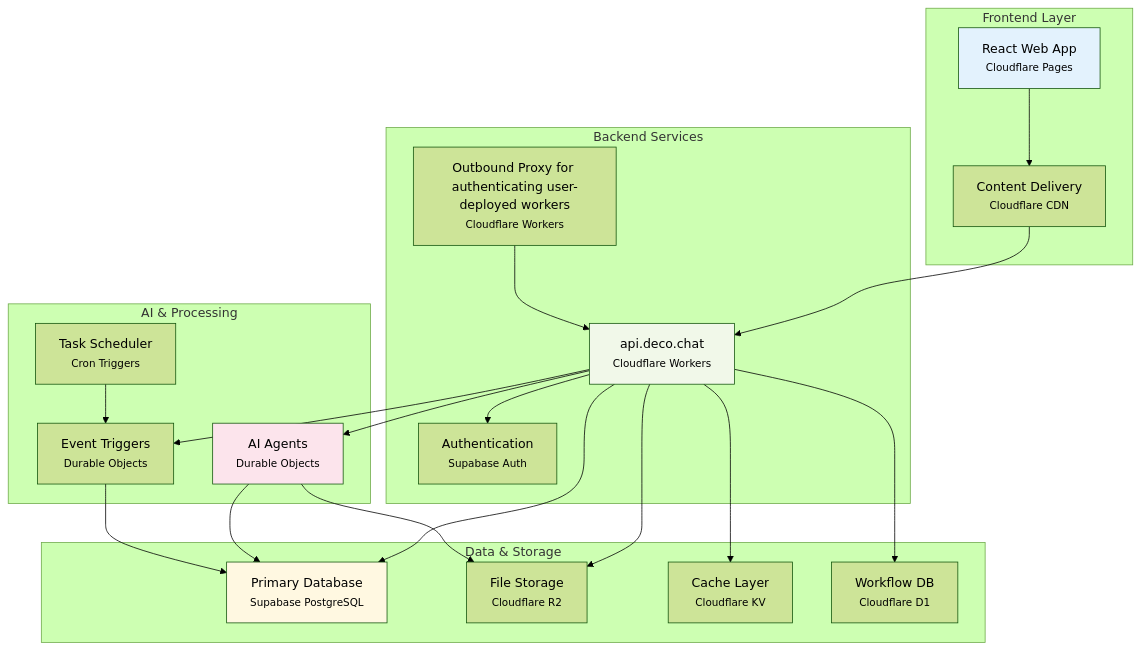
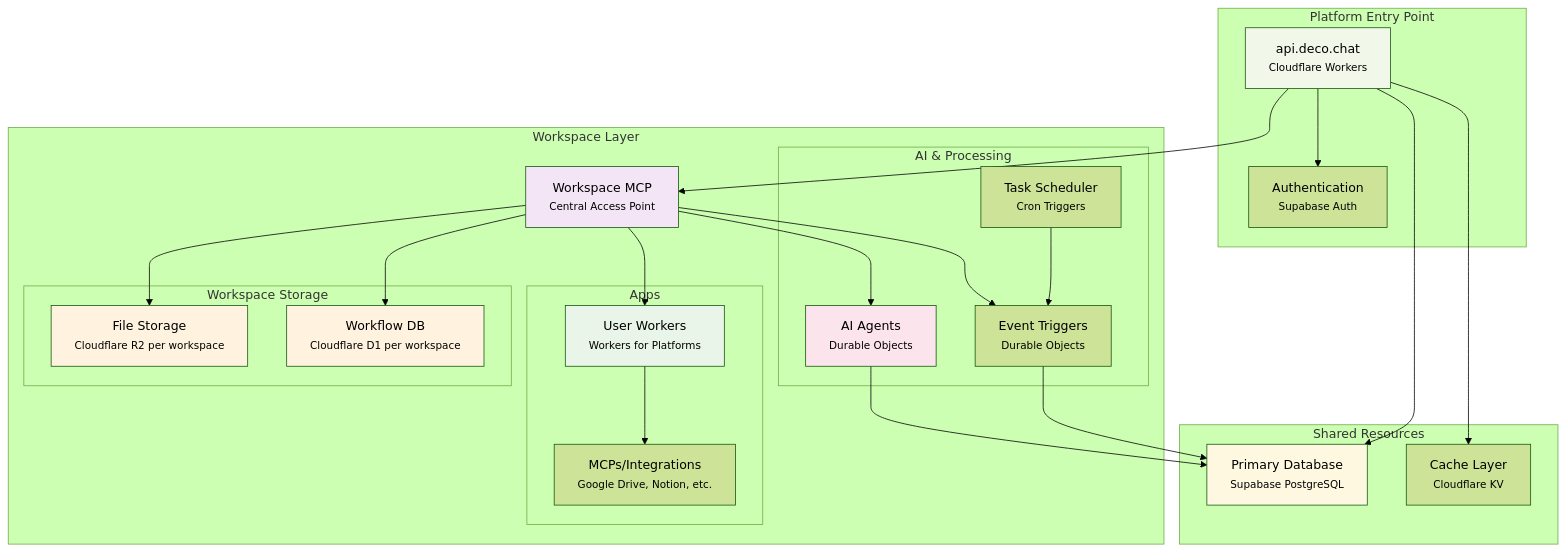
The first of 2 diagrams in architecture.md (decocms/admin), drawn with Mermaid (forest theme) before and after one commit. The commit also changed other lines of this file, not shown here.

````diff
--- a/architecture.md
+++ b/architecture.md
@@ -5,47 +5,56 @@
 ```mermaid
 graph TB
-    subgraph "Frontend Layer"
-        WebApp[React Web App<br/><small>Cloudflare Pages</small>]
-        CDN[Content Delivery<br/><small>Cloudflare CDN</small>]
-    end
-    
-    subgraph "Backend Services"
+    subgraph "Platform Entry Point"
         API[api.deco.chat<br/><small>Cloudflare Workers</small>]
-        Outbound[Outbound Proxy for authenticating user-deployed workers<br/><small>Cloudflare Workers</small>]
         Auth[Authentication<br/><small>Supabase Auth</small>]
     end
     
-    subgraph "AI & Processing"
-        Agents[AI Agents<br/><small>Durable Objects</small>]
-        Triggers[Event Triggers<br/><small>Durable Objects</small>]
-        Scheduler[Task Scheduler<br/><small>Cron Triggers</small>]
+    subgraph "Workspace Layer"
+        WorkspaceMCP[Workspace MCP<br/><small>Central Access Point</small>]
+        
+        subgraph "Apps"
+            UserWorkers[User Workers<br/><small>Workers for Platforms</small>]
+            MCPs[MCPs/Integrations<br/><small>Google Drive, Notion, etc.</small>]
+        end
+        
+        subgraph "AI & Processing"
+            Agents[AI Agents<br/><small>Durable Objects</small>]
+            Triggers[Event Triggers<br/><small>Durable Objects</small>]
+            Scheduler[Task Scheduler<br/><small>Cron Triggers</small>]
+        end
+        
+        subgraph "Workspace Storage"
+            FileStorage[File Storage<br/><small>Cloudflare R2 per workspace</small>]
+            Workflows[Workflow DB<br/><small>Cloudflare D1 per workspace</small>]
+        end
     end
     
-    subgraph "Data & Storage"
+    subgraph "Shared Resources"
         Database[Primary Database<br/><small>Supabase PostgreSQL</small>]
-        FileStorage[File Storage<br/><small>Cloudflare R2</small>]
         Cache[Cache Layer<br/><small>Cloudflare KV</small>]
-        Workflows[Workflow DB<br/><small>Cloudflare D1</small>]
     end
     
-    WebApp --> CDN
-    CDN --> API
     API --> Auth
-    API --> Agents
-    API --> Triggers
+    API --> WorkspaceMCP
     API --> Database
-    API --> FileStorage
     API --> Cache
-    API --> Workflows
     
+    WorkspaceMCP --> UserWorkers
+    WorkspaceMCP --> Agents
+    WorkspaceMCP --> Triggers
+    WorkspaceMCP --> FileStorage
+    WorkspaceMCP --> Workflows
+    
+    UserWorkers --> MCPs
     Agents --> Database
-    Agents --> FileStorage
     Triggers --> Database
     Scheduler --> Triggers
-    Outbound --> API
     
-    style WebApp fill:#e3f2fd
     style API fill:#f1f8e9
+    style WorkspaceMCP fill:#f3e5f5
     style Agents fill:#fce4ec
+    style UserWorkers fill:#e8f5e8
+    style FileStorage fill:#fff3e0
+    style Workflows fill:#fff3e0
     style Database fill:#fff8e1
 ```
````
